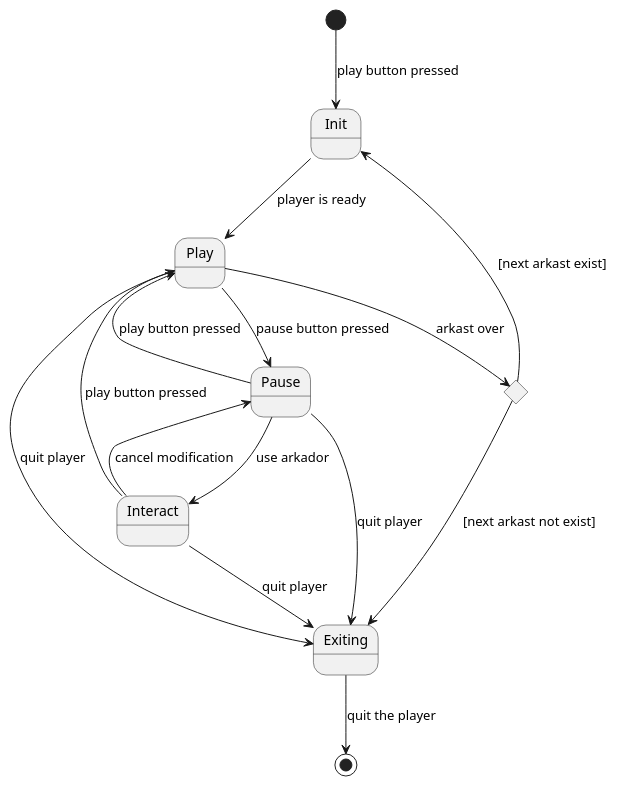
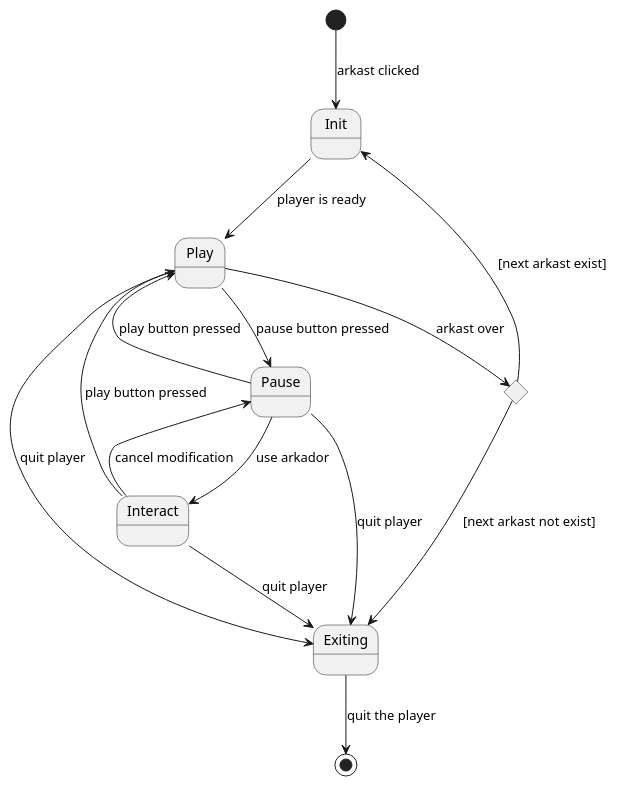
Before and after one commit to SSMM0498/arkad-conception: the diagram in models/3.StateTransition/1.st.player.puml, drawn with PlantUML. The commit also changed 5 other files, not shown here.

Commit message:
add the architecture schema picture detail the 'why not a live mode' section

```diff
--- a/models/3.StateTransition/1.st.player.puml
+++ b/models/3.StateTransition/1.st.player.puml
@@ -1,23 +1,23 @@
 @startuml "player state diagram"
 skinparam shadowing false
 skinparam monochrome true
 
 ' frame "st: player state diagram" {
-    [*] --> Init : play button pressed
+    [*] --> Init : arkast clicked
     Init --> Play : player is ready
     Interact --> Play : play button pressed
     Pause --> Play : play button pressed
     Play --> Pause : pause button pressed
     Pause --> Interact : use arkador
     Interact --> Pause : cancel modification
     Pause --> Exiting : quit player
     Play --> Exiting : quit player
     Interact --> Exiting : quit player
     state c <<choice>>
     Play --> c : arkast over
     c --> Init : [next arkast exist]
     c --> Exiting  : [next arkast not exist]
     Exiting --> [*] : quit the player
 ' }
 
 @enduml
```
